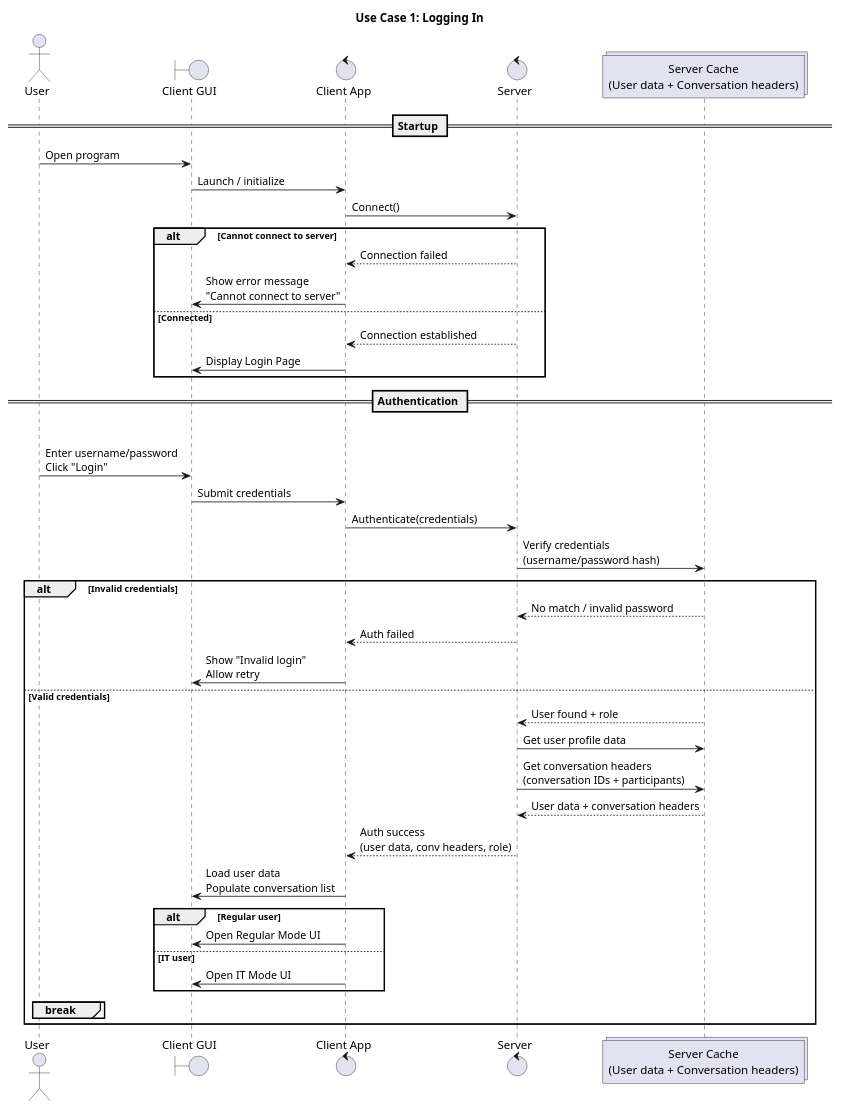
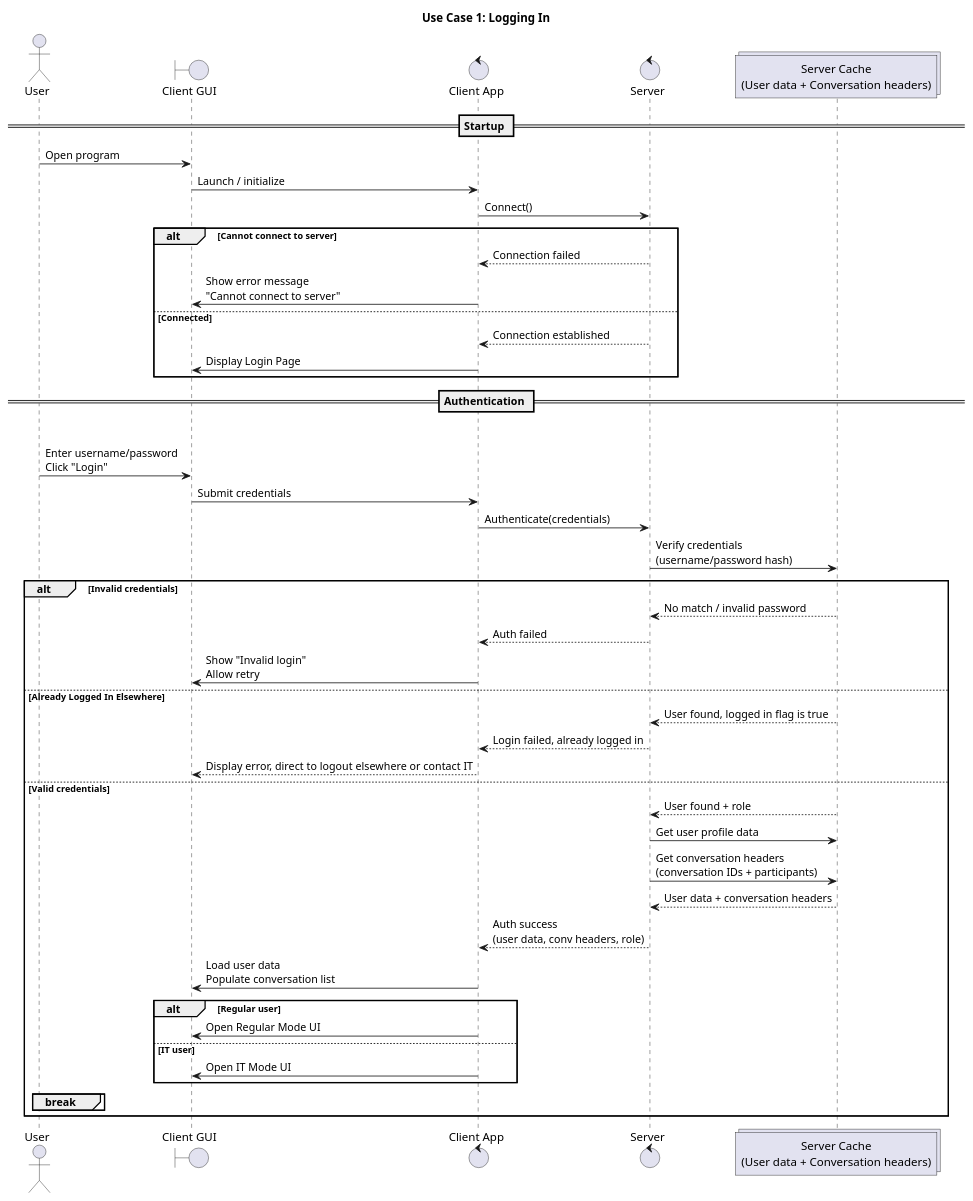
The diagram in docs/diagrams/SequenceDiagrams/1-Login.puml (NubezVilla/CS_401_Group_1), drawn with PlantUML before and after one commit.

```diff
--- a/docs/diagrams/SequenceDiagrams/1-Login.puml
+++ b/docs/diagrams/SequenceDiagrams/1-Login.puml
@@ -1,51 +1,55 @@
 @startuml
 title Use Case 1: Logging In
 
 actor User
 boundary GUI as "Client GUI"
 control Client as "Client App"
 control Server as "Server"
 collections Cache as "Server Cache\n(User data + Conversation headers)"
 
 == Startup ==
 User -> GUI: Open program
 GUI -> Client: Launch / initialize
 Client -> Server: Connect()
 
 alt Cannot connect to server
 Server --> Client: Connection failed
 Client -> GUI: Show error message\n"Cannot connect to server"
 else Connected
 Server --> Client: Connection established
 Client -> GUI: Display Login Page
 end
 
 == Authentication ==
 loop Until valid credentials or user cancels
 User -> GUI: Enter username/password\nClick "Login"
 GUI -> Client: Submit credentials
 Client -> Server: Authenticate(credentials)
 
 Server -> Cache: Verify credentials\n(username/password hash)
 alt Invalid credentials
 Cache --> Server: No match / invalid password
 Server --> Client: Auth failed
 Client -> GUI: Show "Invalid login"\nAllow retry
+else Already Logged In Elsewhere
+Cache --> Server: User found, logged in flag is true
+Server --> Client: Login failed, already logged in 
+Client --> GUI: Display error, direct to logout elsewhere or contact IT
 else Valid credentials
 Cache --> Server: User found + role
 Server -> Cache: Get user profile data
 Server -> Cache: Get conversation headers\n(conversation IDs + participants)
 Cache --> Server: User data + conversation headers
 Server --> Client: Auth success\n(user data, conv headers, role)
 
 Client -> GUI: Load user data\nPopulate conversation list
 
 alt Regular user
 Client -> GUI: Open Regular Mode UI
 else IT user
 Client -> GUI: Open IT Mode UI
 end
 break
 end
 end
 @enduml
```
